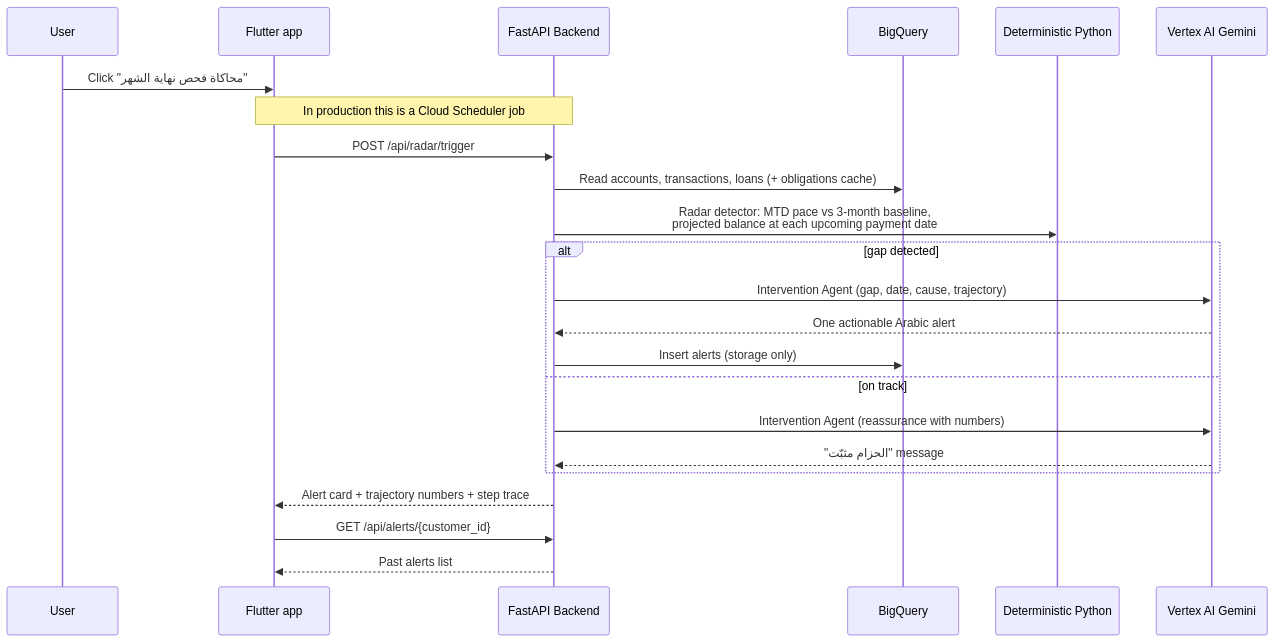
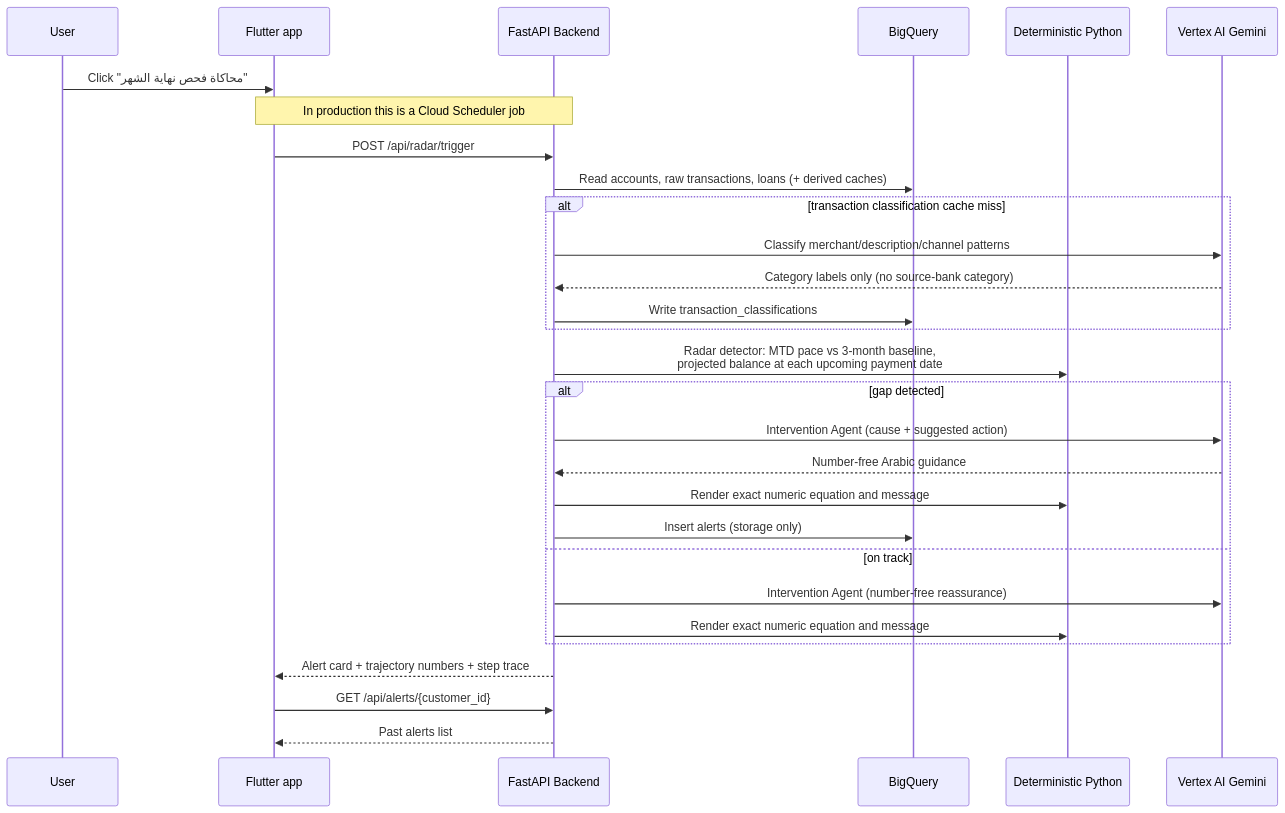
Before and after one commit to krrizzer/edraak: the second of 2 diagrams in User-Workflow.md, drawn with Mermaid. The commit also changed other lines of this file and 70 other files, not shown here.

````diff
--- a/User-Workflow.md
+++ b/User-Workflow.md
@@ -52,29 +52,35 @@
 ```mermaid
 sequenceDiagram
     participant U as User
     participant UI as Flutter app
     participant API as FastAPI Backend
     participant BQ as BigQuery
     participant Det as Deterministic Python
     participant Gemini as Vertex AI Gemini
 
     U->>UI: Click "محاكاة فحص نهاية الشهر"
     Note over UI,API: In production this is a Cloud Scheduler job
     UI->>API: POST /api/radar/trigger
 
-    API->>BQ: Read accounts, transactions, loans (+ obligations cache)
+    API->>BQ: Read accounts, raw transactions, loans (+ derived caches)
+    alt transaction classification cache miss
+        API->>Gemini: Classify merchant/description/channel patterns
+        Gemini-->>API: Category labels only (no source-bank category)
+        API->>BQ: Write transaction_classifications
+    end
     API->>Det: Radar detector: MTD pace vs 3-month baseline,<br/>projected balance at each upcoming payment date
 
     alt gap detected
-        API->>Gemini: Intervention Agent (gap, date, cause, trajectory)
-        Gemini-->>API: One actionable Arabic alert
+        API->>Gemini: Intervention Agent (cause + suggested action)
+        Gemini-->>API: Number-free Arabic guidance
+        API->>Det: Render exact numeric equation and message
         API->>BQ: Insert alerts (storage only)
     else on track
-        API->>Gemini: Intervention Agent (reassurance with numbers)
-        Gemini-->>API: "الحزام مثبّت" message
+        API->>Gemini: Intervention Agent (number-free reassurance)
+        API->>Det: Render exact numeric equation and message
     end
 
     API-->>UI: Alert card + trajectory numbers + step trace
     UI->>API: GET /api/alerts/{customer_id}
     API-->>UI: Past alerts list
 ```
````
